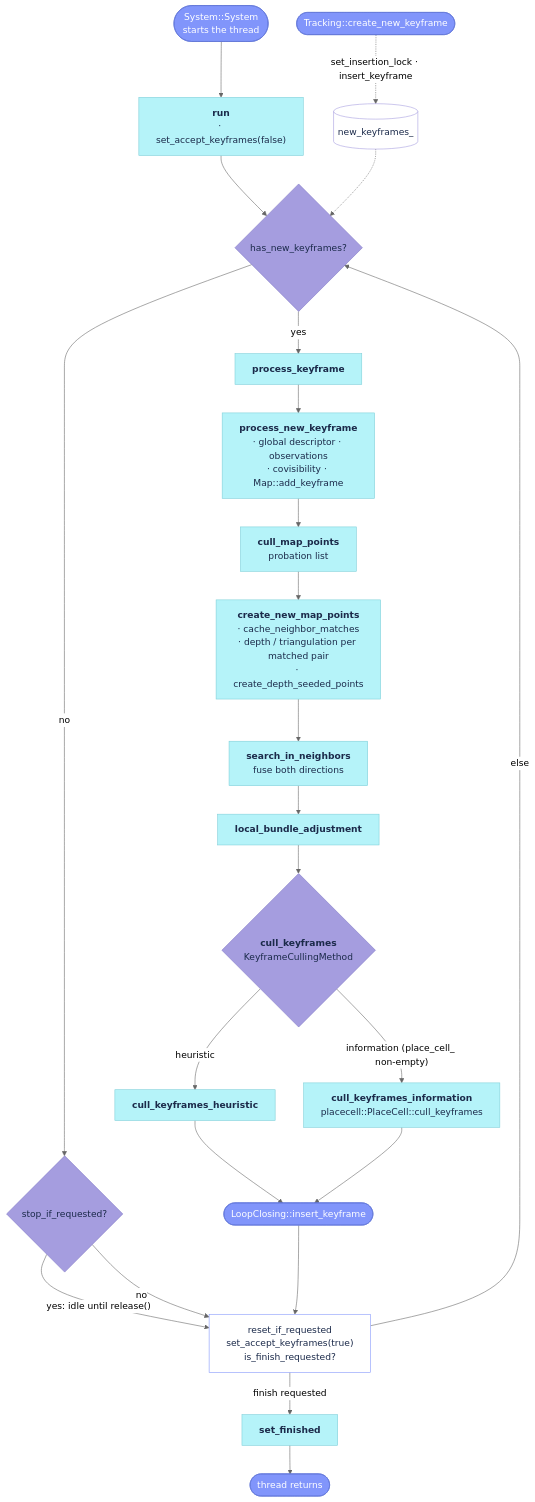
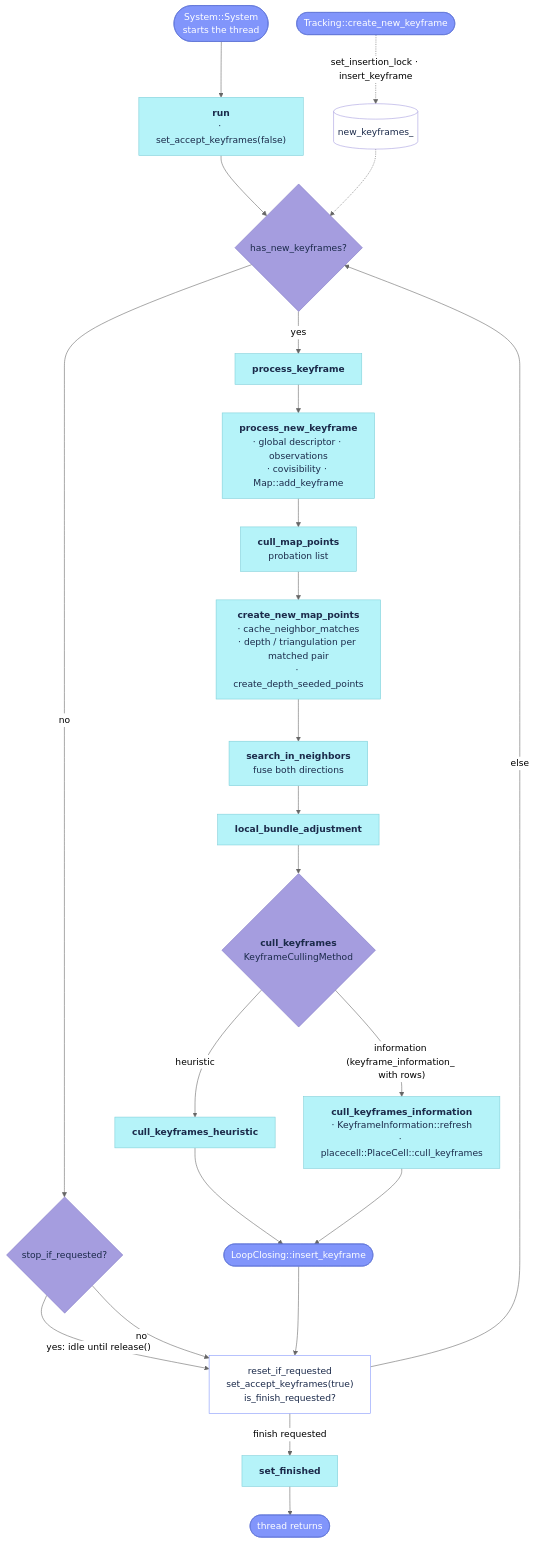
One commit to alejandrofontan/AllFeature-VSLAM changed the diagram in docs/reference/LocalMapping.md. Above: the diagram before and after it, drawn with Mermaid (neutral theme). The commit also changed other lines of this file and 27 other files, not shown here.

````diff
--- a/docs/reference/LocalMapping.md
+++ b/docs/reference/LocalMapping.md
@@ -24,51 +25,51 @@
 ```mermaid
 flowchart TD
     SYS([System::System<br/>starts the thread]) --> RUN["<b>run</b><br/>· set_accept_keyframes(false)"]
     RUN --> HNK{has_new_keyframes?}
     HNK -- yes --> PK["<b>process_keyframe</b>"]
     HNK -- no --> SIR{stop_if_requested?}
     SIR -- "yes: idle until release()" --> TAIL
     SIR -- no --> TAIL["reset_if_requested<br/>set_accept_keyframes(true)<br/>is_finish_requested?"]
     PK --> PNK["<b>process_new_keyframe</b><br/>· global descriptor · observations<br/>· covisibility · Map::add_keyframe"]
     PNK --> CMP["<b>cull_map_points</b><br/>probation list"]
     CMP --> CNMP["<b>create_new_map_points</b><br/>· cache_neighbor_matches<br/>· depth / triangulation per matched pair<br/>· create_depth_seeded_points"]
     CNMP --> SIN["<b>search_in_neighbors</b><br/>fuse both directions"]
     SIN --> LBA["<b>local_bundle_adjustment</b>"]
     LBA --> CK{"<b>cull_keyframes</b><br/>KeyframeCullingMethod"}
     CK -- heuristic --> CKH["<b>cull_keyframes_heuristic</b>"]
-    CK -- "information (place_cell_ non-empty)" --> CKI["<b>cull_keyframes_information</b><br/>placecell::PlaceCell::cull_keyframes"]
+    CK -- "information (keyframe_information_ with rows)" --> CKI["<b>cull_keyframes_information</b><br/>· KeyframeInformation::refresh<br/>· placecell::PlaceCell::cull_keyframes"]
     CKH --> LC([LoopClosing::insert_keyframe])
     CKI --> LC
     LC --> TAIL
     TAIL -- finish requested --> FIN["<b>set_finished</b>"] --> END([thread returns])
     TAIL -- else --> HNK
     TRK([Tracking::create_new_keyframe]) -. "set_insertion_lock · insert_keyframe" .-> Q[("new_keyframes_")]
     Q -.-> HNK
 
     click RUN "#run"
     click PK "#process_keyframe"
     click PNK "#process_new_keyframe"
     click CMP "#cull_map_points"
     click CNMP "#create_new_map_points"
     click SIN "#search_in_neighbors"
     click LBA "#local_bundle_adjustment"
     click CK "#cull_keyframes"
     click CKH "#cull_keyframes_heuristic"
     click CKI "#cull_keyframes_information"
     click FIN "#set_finished"
     click HNK "#has_new_keyframes"
     click SIR "#stop_if_requested"
 
     %% VSLAM-LAB logo squares: cyan #b5f3f9, periwinkle #8195fb, lavender #a59ddf
     classDef entry fill:#8195fb,stroke:#5f74d6,color:#fff
     classDef step fill:#b5f3f9,stroke:#7fcfd8,color:#1b2a4a
     classDef check fill:#a59ddf,stroke:#7e75c4,color:#1b2a4a
     classDef cmd fill:#fff,stroke:#8195fb,color:#1b2a4a
     classDef store fill:#fff,stroke:#a59ddf,color:#1b2a4a
 
     class SYS,LC,END,TRK entry
     class RUN,PK,PNK,CMP,CNMP,SIN,LBA,CKH,CKI,FIN step
     class HNK,SIR,CK check
     class TAIL cmd
     class Q store
 ```
````
